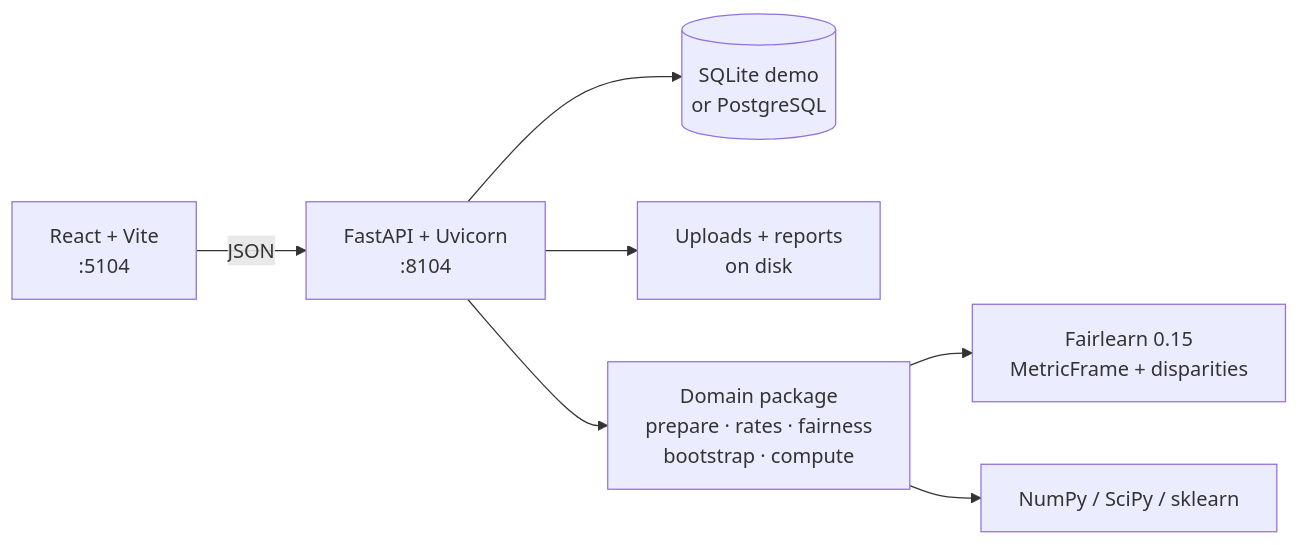
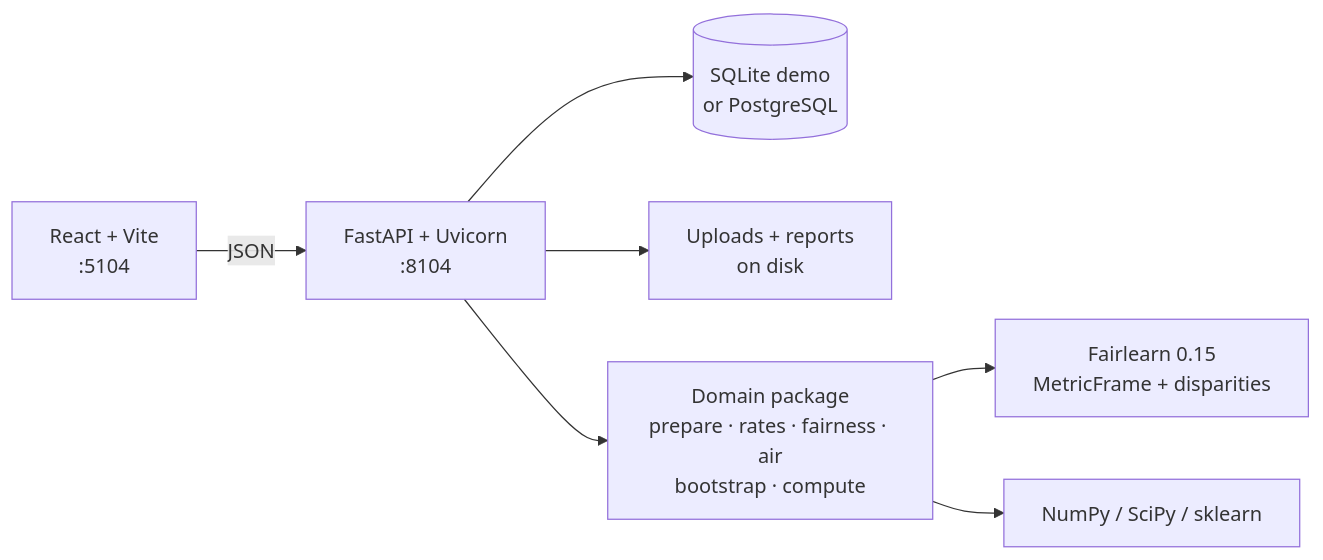
Before and after one commit to hasanhuseyinyetkiner/fairhire-audit: the first of 2 diagrams in docs/ARCHITECTURE.md, drawn with Mermaid. The commit also changed other lines of this file and 12 other files, not shown here.

````diff
--- a/docs/ARCHITECTURE.md
+++ b/docs/ARCHITECTURE.md
@@ -7,9 +7,9 @@
 ```mermaid
 flowchart LR
   UI["React + Vite<br/>:5104"] -->|JSON| API["FastAPI + Uvicorn<br/>:8104"]
   API --> DB[("SQLite demo<br/>or PostgreSQL")]
   API --> FS["Uploads + reports<br/>on disk"]
-  API --> DOM["Domain package<br/>prepare · rates · fairness<br/>bootstrap · compute"]
+  API -->   DOM["Domain package<br/>prepare · rates · fairness · air<br/>bootstrap · compute"]
   DOM --> FL["Fairlearn 0.15<br/>MetricFrame + disparities"]
   DOM --> NP["NumPy / SciPy / sklearn"]
 ```
````
